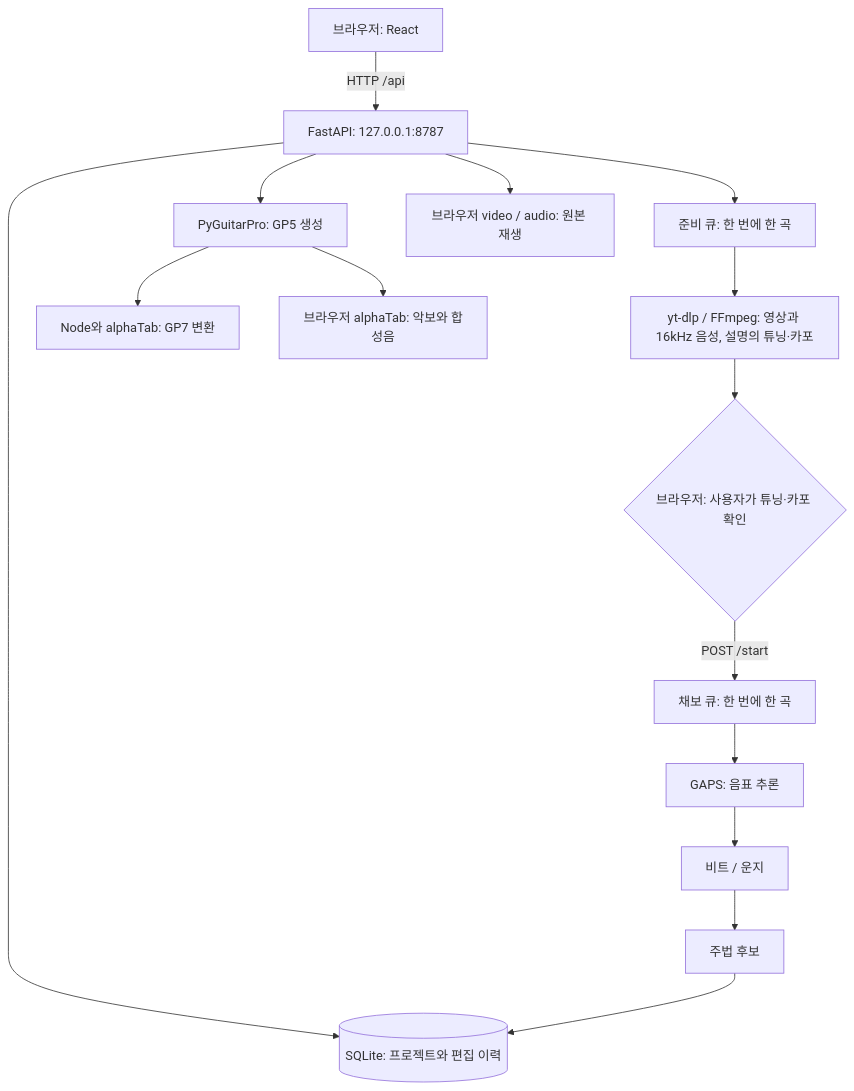
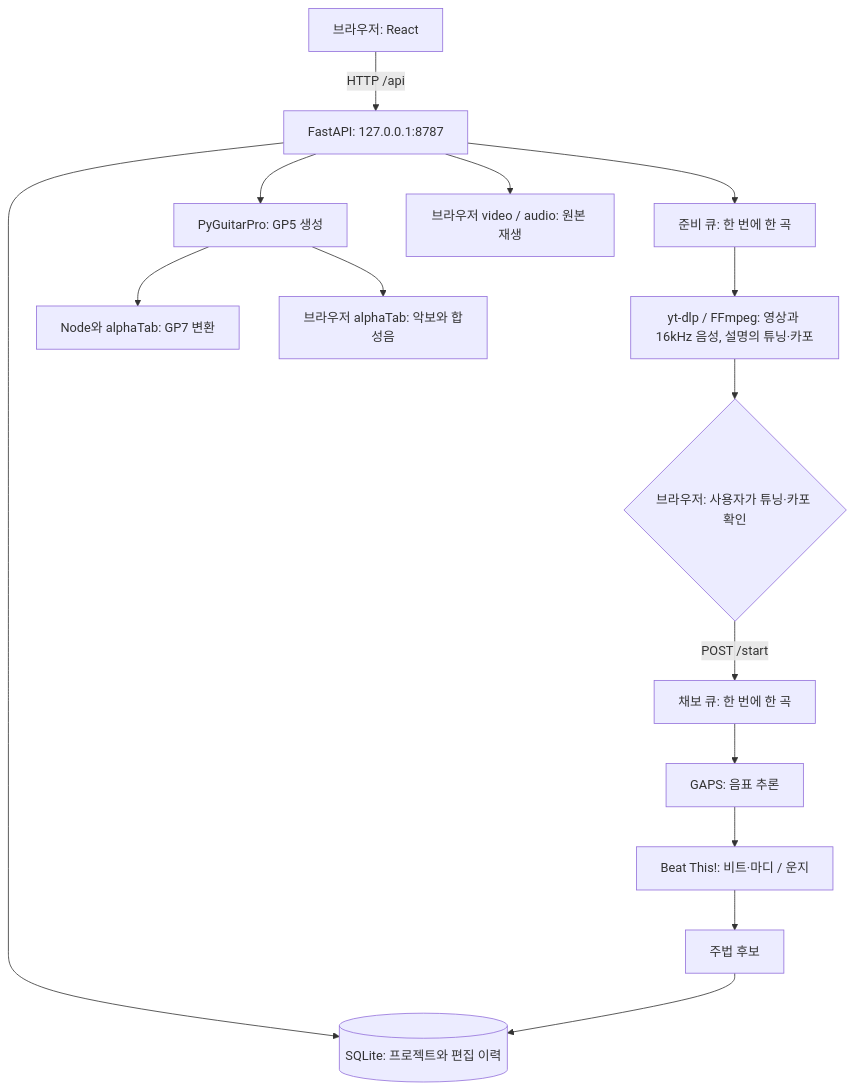
Before and after one commit to hyuunnn/TabSight: the first of 2 diagrams in docs/architecture.md, drawn with Mermaid. The commit also changed other lines of this file and 19 other files, not shown here.

````diff
--- a/docs/architecture.md
+++ b/docs/architecture.md
@@ -9,17 +9,17 @@
 ```mermaid
 flowchart TD
     U[브라우저: React] -->|HTTP /api| A[FastAPI: 127.0.0.1:8787]
     A --> D[(SQLite: 프로젝트와 편집 이력)]
     A --> R[준비 큐: 한 번에 한 곡]
     R --> M[yt-dlp / FFmpeg: 영상과 16kHz 음성, 설명의 튜닝·카포]
     M --> C{브라우저: 사용자가 튜닝·카포 확인}
     C -->|POST /start| Q[채보 큐: 한 번에 한 곡]
     Q --> G[GAPS: 음표 추론]
-    G --> B[비트 / 운지]
+    G --> B[Beat This!: 비트·마디 / 운지]
     B --> F[주법 후보]
     F --> D
     A --> E[PyGuitarPro: GP5 생성]
     E --> N[Node와 alphaTab: GP7 변환]
     E --> S[브라우저 alphaTab: 악보와 합성음]
     A --> P[브라우저 video / audio: 원본 재생]
 ```
````
